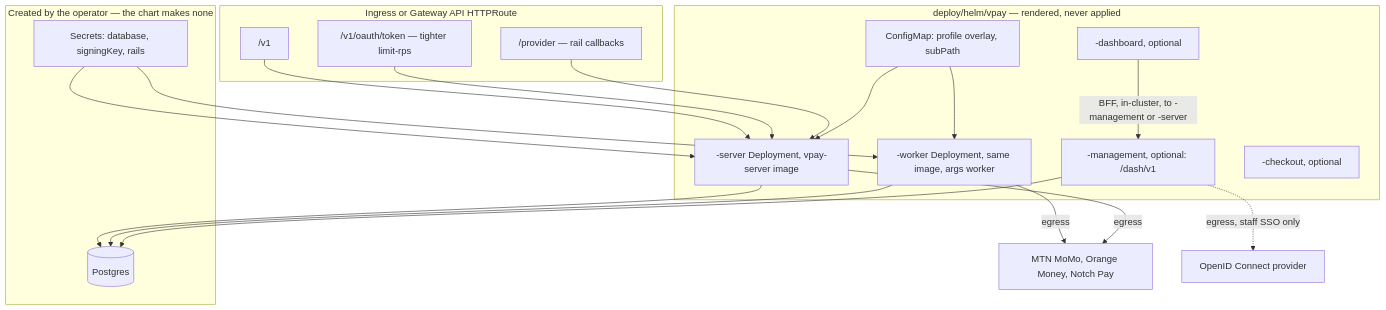
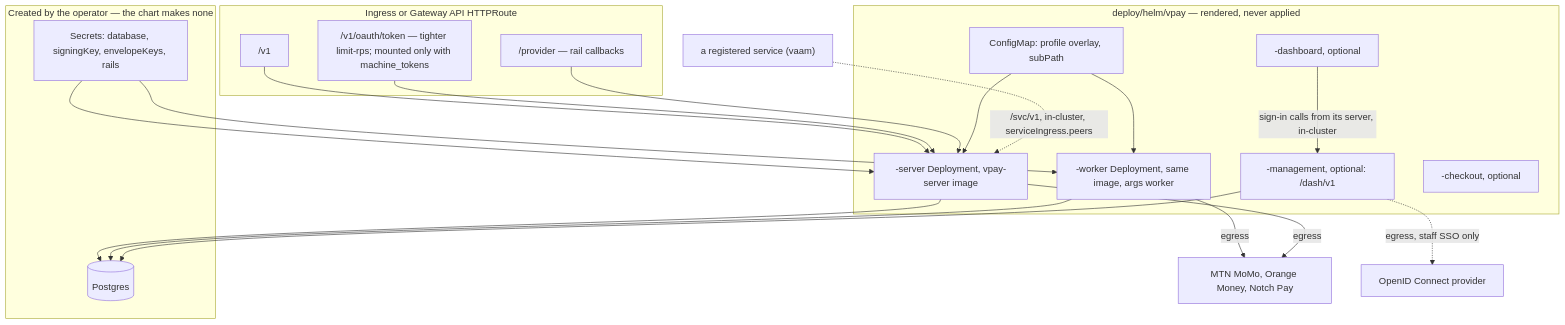
Before and after one commit to vaam-apps/vpay-docs: the first of 3 diagrams in docs/operate/deployment.md, drawn with Mermaid. The commit also changed other lines of this file and 29 other files, not shown here.

````diff
--- a/docs/operate/deployment.md
+++ b/docs/operate/deployment.md
@@ -83,34 +83,35 @@
 ```mermaid
 flowchart TD
   subgraph edge["Ingress or Gateway API HTTPRoute"]
     V1["/v1"]
-    TOK["/v1/oauth/token — tighter limit-rps"]
+    TOK["/v1/oauth/token — tighter limit-rps; mounted only with machine_tokens"]
     PRV["/provider — rail callbacks"]
   end
   subgraph chart["deploy/helm/vpay — rendered, never applied"]
     SRV["-server Deployment, vpay-server image"]
     WRK["-worker Deployment, same image, args worker"]
     MGT["-management, optional: /dash/v1"]
     CHK["-checkout, optional"]
     DSH["-dashboard, optional"]
     CM["ConfigMap: profile overlay, subPath"]
   end
   subgraph operator["Created by the operator — the chart makes none"]
-    SEC["Secrets: database, signingKey, rails"]
+    SEC["Secrets: database, signingKey, envelopeKeys, rails"]
     PG[("Postgres")]
   end
   V1 --> SRV
   TOK --> SRV
   PRV --> SRV
   CM --> SRV
   CM --> WRK
   SEC --> SRV
   SEC --> WRK
   SRV --> PG
   WRK --> PG
   MGT --> PG
-  DSH -->|"BFF, in-cluster, to -management or -server"| MGT
+  DSH -->|"sign-in calls from its server, in-cluster"| MGT
+  VAAM["a registered service (vaam)"] -.->|"/svc/v1, in-cluster, serviceIngress.peers"| SRV
   WRK -->|"egress"| RAILS["MTN MoMo, Orange Money, Notch Pay"]
   SRV -->|"egress"| RAILS
   MGT -.->|"egress, staff SSO only"| IDP["OpenID Connect provider"]
 ```
````
